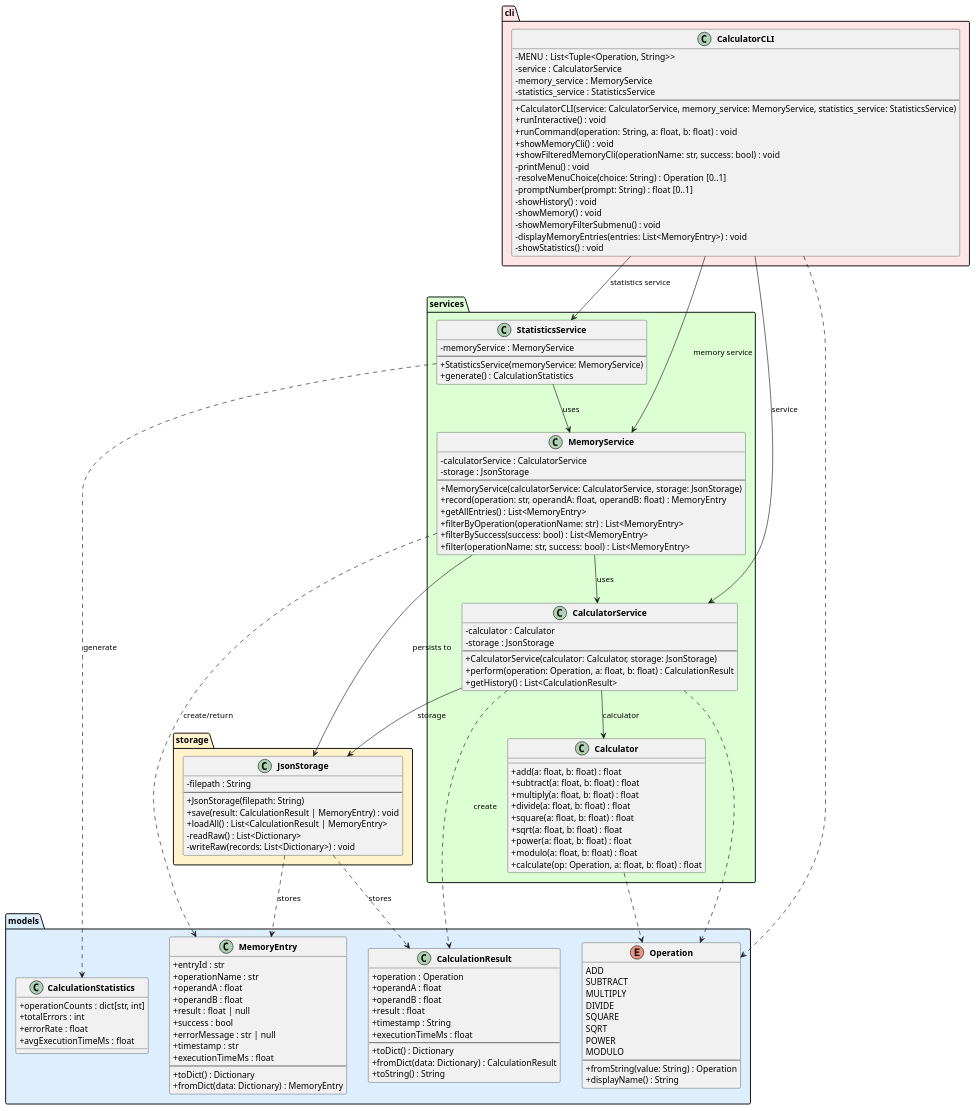
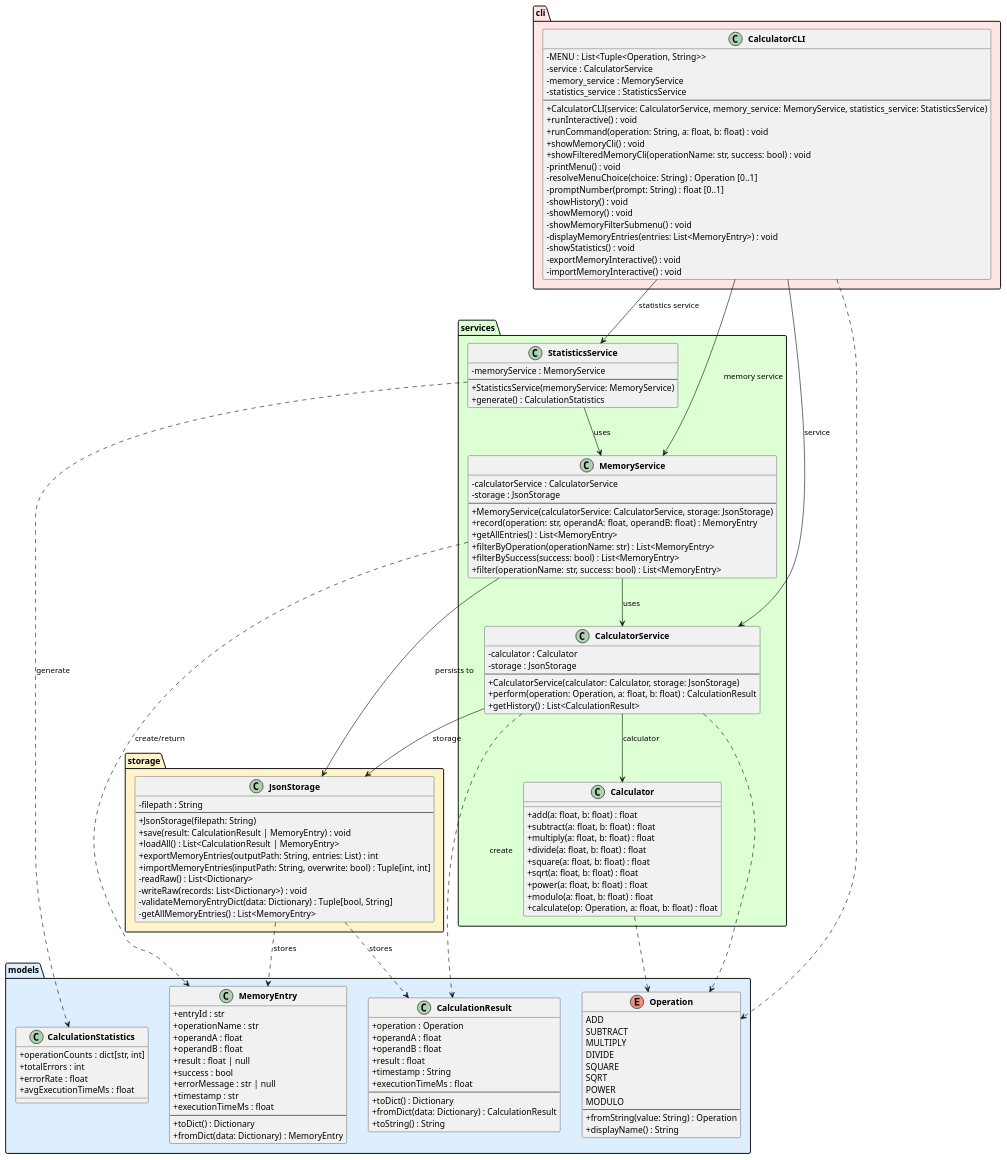
One commit to DanielRiha8906/Software_autoevolution_using_agents changed the diagram in experiments/supervisor_as_tools/user_stories/calculator/artifacts/class_diagram.puml. Above: the diagram before and after it, drawn with PlantUML. The commit also changed 10 other files, not shown here.

First line of the commit message:
task 07 | supervisor_as_tools / user_stories / calculator | export/import history to JSON

```diff
--- a/experiments/supervisor_as_tools/user_stories/calculator/artifacts/class_diagram.puml
+++ b/experiments/supervisor_as_tools/user_stories/calculator/artifacts/class_diagram.puml
@@ -1,152 +1,158 @@
 @startuml class_diagram
 
 skinparam classAttributeIconSize 0
 skinparam classFontStyle bold
 
 package "models" #DDEEFF {
     enum Operation {
         ADD
         SUBTRACT
         MULTIPLY
         DIVIDE
         SQUARE
         SQRT
         POWER
         MODULO
         --
         +fromString(value: String) : Operation
         +displayName() : String
     }
 
     class CalculationResult {
         +operation : Operation
         +operandA : float
         +operandB : float
         +result : float
         +timestamp : String
         +executionTimeMs : float
         --
         +toDict() : Dictionary
         +fromDict(data: Dictionary) : CalculationResult
         +toString() : String
     }
 
     class MemoryEntry {
         +entryId : str
         +operationName : str
         +operandA : float
         +operandB : float
         +result : float | null
         +success : bool
         +errorMessage : str | null
         +timestamp : str
         +executionTimeMs : float
         --
         +toDict() : Dictionary
         +fromDict(data: Dictionary) : MemoryEntry
     }
 
     class CalculationStatistics {
         +operationCounts : dict[str, int]
         +totalErrors : int
         +errorRate : float
         +avgExecutionTimeMs : float
     }
 }
 
 package "services" #DDFFD4 {
     class Calculator {
         +add(a: float, b: float) : float
         +subtract(a: float, b: float) : float
         +multiply(a: float, b: float) : float
         +divide(a: float, b: float) : float
         +square(a: float, b: float) : float
         +sqrt(a: float, b: float) : float
         +power(a: float, b: float) : float
         +modulo(a: float, b: float) : float
         +calculate(op: Operation, a: float, b: float) : float
     }
 
     class CalculatorService {
         -calculator : Calculator
         -storage : JsonStorage
         --
         +CalculatorService(calculator: Calculator, storage: JsonStorage)
         +perform(operation: Operation, a: float, b: float) : CalculationResult
         +getHistory() : List<CalculationResult>
     }
 
     class MemoryService {
         -calculatorService : CalculatorService
         -storage : JsonStorage
         --
         +MemoryService(calculatorService: CalculatorService, storage: JsonStorage)
         +record(operation: str, operandA: float, operandB: float) : MemoryEntry
         +getAllEntries() : List<MemoryEntry>
         +filterByOperation(operationName: str) : List<MemoryEntry>
         +filterBySuccess(success: bool) : List<MemoryEntry>
         +filter(operationName: str, success: bool) : List<MemoryEntry>
     }
 
     class StatisticsService {
         -memoryService : MemoryService
         --
         +StatisticsService(memoryService: MemoryService)
         +generate() : CalculationStatistics
     }
 }
 
 package "storage" #FFF3CC {
     class JsonStorage {
         -filepath : String
         --
         +JsonStorage(filepath: String)
         +save(result: CalculationResult | MemoryEntry) : void
         +loadAll() : List<CalculationResult | MemoryEntry>
+        +exportMemoryEntries(outputPath: String, entries: List) : int
+        +importMemoryEntries(inputPath: String, overwrite: bool) : Tuple[int, int]
         -readRaw() : List<Dictionary>
         -writeRaw(records: List<Dictionary>) : void
+        -validateMemoryEntryDict(data: Dictionary) : Tuple[bool, String]
+        -getAllMemoryEntries() : List<MemoryEntry>
     }
 }
 
 package "cli" #FFE5E5 {
     class CalculatorCLI {
         -MENU : List<Tuple<Operation, String>>
         -service : CalculatorService
         -memory_service : MemoryService
         -statistics_service : StatisticsService
         --
         +CalculatorCLI(service: CalculatorService, memory_service: MemoryService, statistics_service: StatisticsService)
         +runInteractive() : void
         +runCommand(operation: String, a: float, b: float) : void
         +showMemoryCli() : void
         +showFilteredMemoryCli(operationName: str, success: bool) : void
         -printMenu() : void
         -resolveMenuChoice(choice: String) : Operation [0..1]
         -promptNumber(prompt: String) : float [0..1]
         -showHistory() : void
         -showMemory() : void
         -showMemoryFilterSubmenu() : void
         -displayMemoryEntries(entries: List<MemoryEntry>) : void
         -showStatistics() : void
+        -exportMemoryInteractive() : void
+        -importMemoryInteractive() : void
     }
 }
 
 CalculatorCLI --> CalculatorService : service
 CalculatorCLI --> MemoryService : memory service
 CalculatorCLI --> StatisticsService : statistics service
 CalculatorService --> Calculator : calculator
 CalculatorService --> JsonStorage : storage
 MemoryService --> CalculatorService : uses
 MemoryService --> JsonStorage : persists to
 StatisticsService --> MemoryService : uses
 
 CalculatorService ..> CalculationResult : create
 MemoryService ..> MemoryEntry : create/return
 StatisticsService ..> CalculationStatistics : generate
 CalculatorService ..> Operation
 CalculatorCLI ..> Operation
 Calculator ..> Operation
 JsonStorage ..> CalculationResult : stores
 JsonStorage ..> MemoryEntry : stores
 
 @enduml
```
